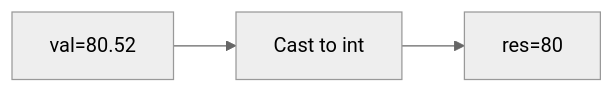
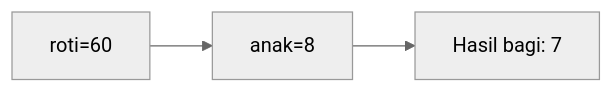
Diagram 13 of 25 in part-c-pemahaman-cpp/01-tipe-data/latihan/set-04.md (amnahwaida/OSNK_INF_PREP), drawn with Mermaid (neutral theme) before and after one commit. The commit also changed other lines of this file and 71 other files, not shown here.

````diff
--- a/part-c-pemahaman-cpp/01-tipe-data/latihan/set-04.md
+++ b/part-c-pemahaman-cpp/01-tipe-data/latihan/set-04.md
@@ -346,5 +364,5 @@
 ```mermaid
 graph LR
-A["val=80.52"] --> B["Cast to int"]
-B --> C["res=80"]
+A["roti=60"] --> B["anak=8"]
+B --> C["Hasil bagi: 7"]
 ```
````
